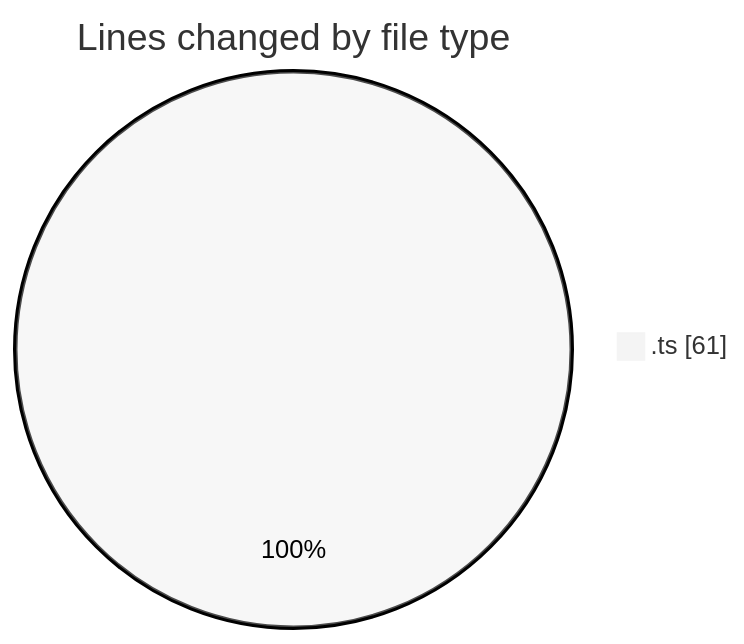
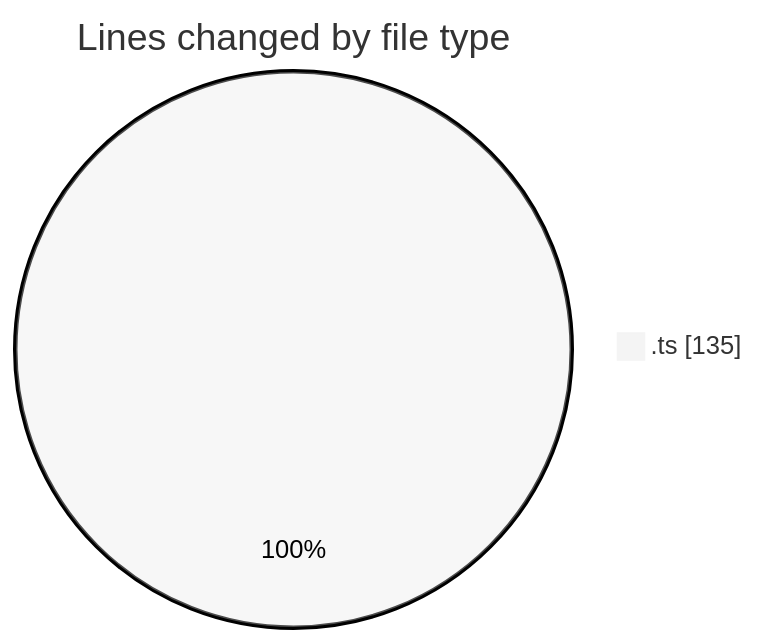
Before and after one commit to momahboobian/code-tracking: the first of 2 diagrams in 2025-11-27/cda/README.md, drawn with Mermaid (neutral theme). The commit also changed other lines of this file and 1 other file, not shown here.

````diff
--- a/2025-11-27/cda/README.md
+++ b/2025-11-27/cda/README.md
@@ -20,5 +20,5 @@
 ```mermaid
 pie showData
 title Lines changed by file type
-".ts" : 61
+".ts" : 135
 ```
````
